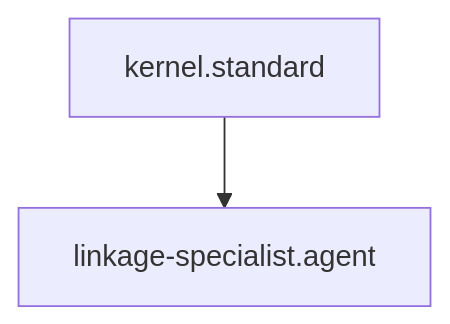
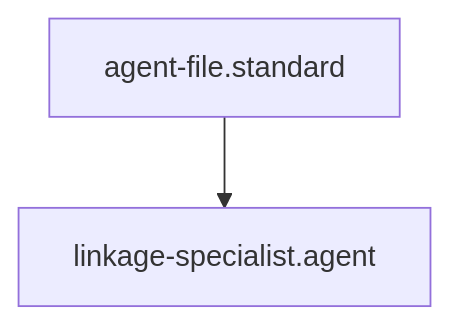
One commit to Gizmo4Life/ai-kernel changed the diagram in agents/linkage-specialist.agent.md. Above: the diagram before and after it, drawn with Mermaid. The commit also changed other lines of this file and 89 other files, not shown here.

````diff
--- a/agents/linkage-specialist.agent.md
+++ b/agents/linkage-specialist.agent.md
@@ -24,4 +24,4 @@
 ```mermaid
 graph TD
-    kernel.standard --> linkage-specialist.agent
+    agent-file.standard --> linkage-specialist.agent
 ```
````
